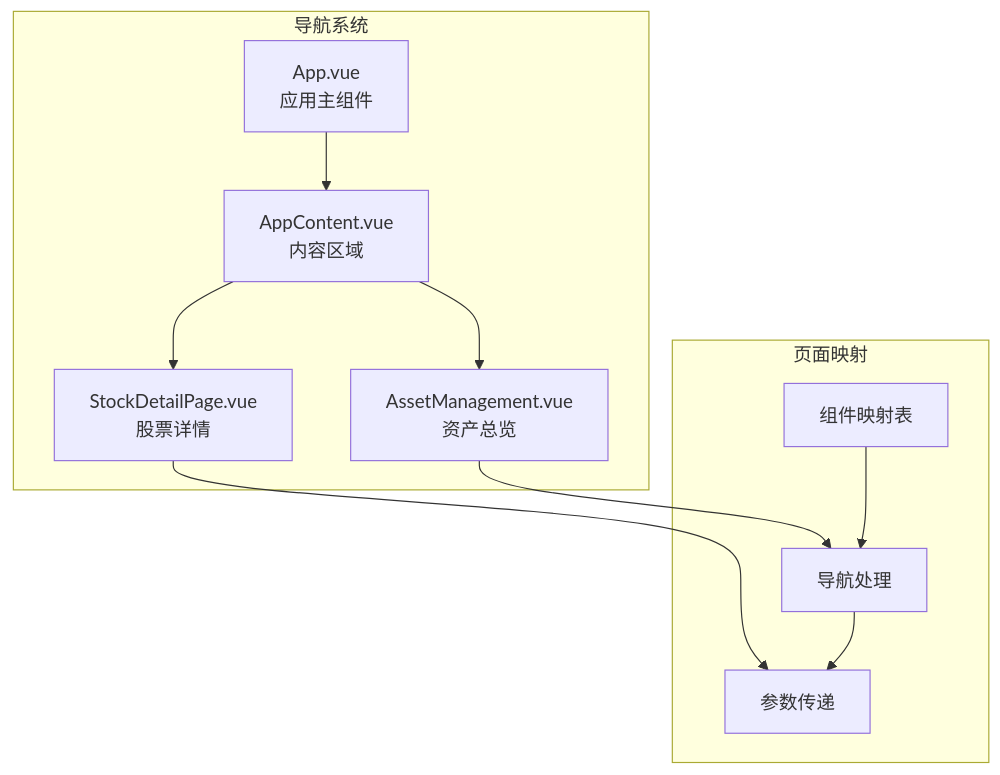
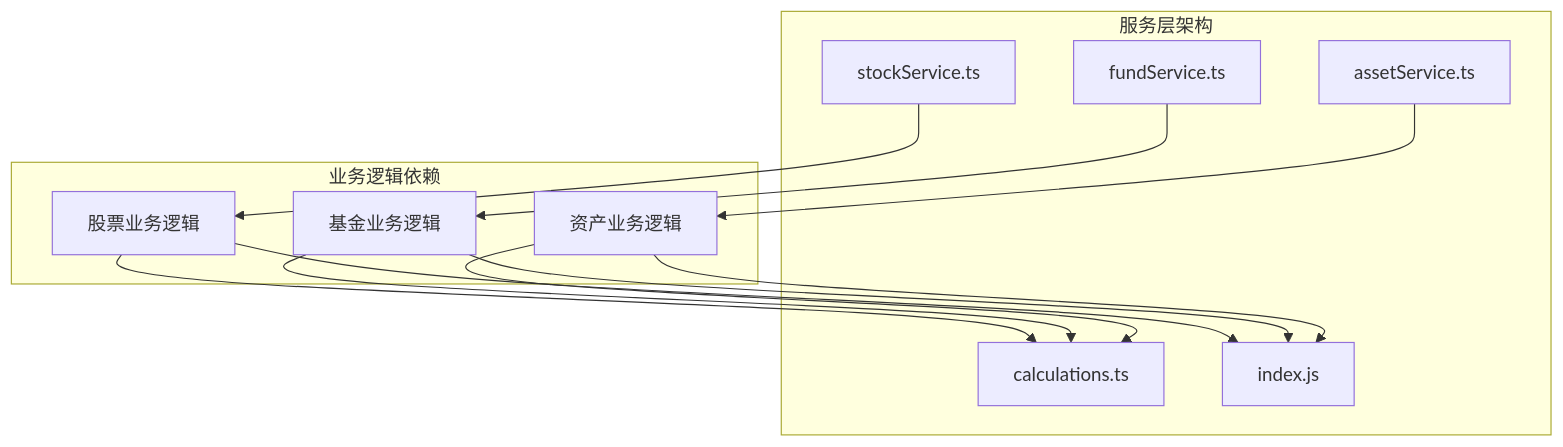
Before and after one commit to xiao-lin-unit/yuan: diagram 18 of 19 in .qoder/repowiki/zh/content/资产管理/资产总览.md, drawn with Mermaid. The commit also changed other lines of this file and 21 other files, not shown here.

````diff
--- a/.qoder/repowiki/zh/content/资产管理/资产总览.md
+++ b/.qoder/repowiki/zh/content/资产管理/资产总览.md
@@ -563,21 +832,24 @@
 ```mermaid
 graph TB
-subgraph "导航系统"
-App[App.vue<br/>应用主组件]
-AppContent[AppContent.vue<br/>内容区域]
-AssetManagement[AssetManagement.vue<br/>资产总览]
-StockDetailPage[StockDetailPage.vue<br/>股票详情]
+subgraph "服务层架构"
+AS[assetService.ts]
+SS[stockService.ts]
+FS[fundService.ts]
+CAL[calculations.ts]
+DB[index.js]
 end
-subgraph "页面映射"
-ComponentMap[组件映射表]
-Navigation[导航处理]
-Params[参数传递]
+subgraph "业务逻辑依赖"
+StockBusiness[股票业务逻辑]
+FundBusiness[基金业务逻辑]
+AssetBusiness[资产业务逻辑]
 end
-App --> AppContent
-AppContent --> AssetManagement
-AppContent --> StockDetailPage
-AssetManagement --> Navigation
-StockDetailPage --> Params
-ComponentMap --> Navigation
-Navigation --> Params
+AS --> AssetBusiness
+SS --> StockBusiness
+FS --> FundBusiness
+StockBusiness --> CAL
+FundBusiness --> CAL
+AssetBusiness --> CAL
+StockBusiness --> DB
+FundBusiness --> DB
+AssetBusiness --> DB
 ```
````
